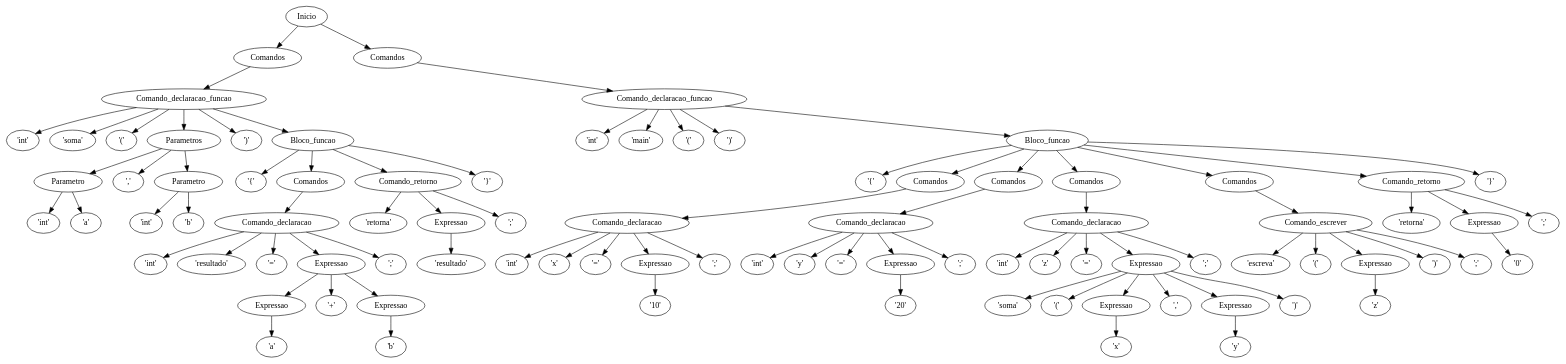
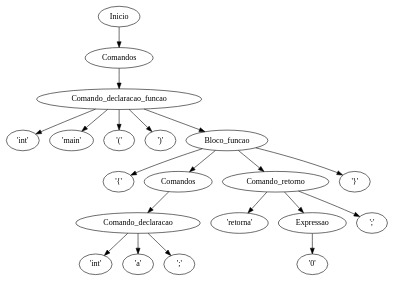
Before and after one commit to ogeorgehenrique/compiladorGV: the diagram in saida_ast.dot, drawn with Graphviz. The commit also changed 5 other files, not shown here.

```diff
--- a/saida_ast.dot
+++ b/saida_ast.dot
@@ -1,177 +1,41 @@
 digraph AST {
 n0 [label="Inicio"];
 n1 [label="Comandos"];
 n2 [label="Comando_declaracao_funcao"];
 n3 [label="'int'"];
 n2 -> n3;
-n4 [label="'soma'"];
+n4 [label="'main'"];
 n2 -> n4;
 n5 [label="'('"];
 n2 -> n5;
-n6 [label="Parametros"];
-n7 [label="Parametro"];
-n8 [label="'int'"];
+n6 [label="')'"];
+n2 -> n6;
+n7 [label="Bloco_funcao"];
+n8 [label="'{'"];
 n7 -> n8;
-n9 [label="'a'"];
+n9 [label="Comandos"];
+n10 [label="Comando_declaracao"];
+n11 [label="'int'"];
+n10 -> n11;
+n12 [label="'a'"];
+n10 -> n12;
+n13 [label="';'"];
+n10 -> n13;
+n9 -> n10;
 n7 -> n9;
-n6 -> n7;
-n10 [label="','"];
-n6 -> n10;
-n11 [label="Parametro"];
-n12 [label="'int'"];
-n11 -> n12;
-n13 [label="'b'"];
-n11 -> n13;
-n6 -> n11;
-n2 -> n6;
-n14 [label="')'"];
-n2 -> n14;
-n15 [label="Bloco_funcao"];
-n16 [label="'{'"];
-n15 -> n16;
-n17 [label="Comandos"];
-n18 [label="Comando_declaracao"];
-n19 [label="'int'"];
-n18 -> n19;
-n20 [label="'resultado'"];
-n18 -> n20;
-n21 [label="'='"];
-n18 -> n21;
-n22 [label="Expressao"];
-n23 [label="Expressao"];
-n24 [label="'a'"];
-n23 -> n24;
-n22 -> n23;
-n25 [label="'+'"];
-n22 -> n25;
-n26 [label="Expressao"];
-n27 [label="'b'"];
-n26 -> n27;
-n22 -> n26;
-n18 -> n22;
-n28 [label="';'"];
-n18 -> n28;
-n17 -> n18;
-n15 -> n17;
-n29 [label="Comando_retorno"];
-n30 [label="'retorna'"];
-n29 -> n30;
-n31 [label="Expressao"];
-n32 [label="'resultado'"];
-n31 -> n32;
-n29 -> n31;
-n33 [label="';'"];
-n29 -> n33;
-n15 -> n29;
-n34 [label="'}'"];
-n15 -> n34;
-n2 -> n15;
+n14 [label="Comando_retorno"];
+n15 [label="'retorna'"];
+n14 -> n15;
+n16 [label="Expressao"];
+n17 [label="'0'"];
+n16 -> n17;
+n14 -> n16;
+n18 [label="';'"];
+n14 -> n18;
+n7 -> n14;
+n19 [label="'}'"];
+n7 -> n19;
+n2 -> n7;
 n1 -> n2;
 n0 -> n1;
-n35 [label="Comandos"];
-n36 [label="Comando_declaracao_funcao"];
-n37 [label="'int'"];
-n36 -> n37;
-n38 [label="'main'"];
-n36 -> n38;
-n39 [label="'('"];
-n36 -> n39;
-n40 [label="')'"];
-n36 -> n40;
-n41 [label="Bloco_funcao"];
-n42 [label="'{'"];
-n41 -> n42;
-n43 [label="Comandos"];
-n44 [label="Comando_declaracao"];
-n45 [label="'int'"];
-n44 -> n45;
-n46 [label="'x'"];
-n44 -> n46;
-n47 [label="'='"];
-n44 -> n47;
-n48 [label="Expressao"];
-n49 [label="'10'"];
-n48 -> n49;
-n44 -> n48;
-n50 [label="';'"];
-n44 -> n50;
-n43 -> n44;
-n41 -> n43;
-n51 [label="Comandos"];
-n52 [label="Comando_declaracao"];
-n53 [label="'int'"];
-n52 -> n53;
-n54 [label="'y'"];
-n52 -> n54;
-n55 [label="'='"];
-n52 -> n55;
-n56 [label="Expressao"];
-n57 [label="'20'"];
-n56 -> n57;
-n52 -> n56;
-n58 [label="';'"];
-n52 -> n58;
-n51 -> n52;
-n41 -> n51;
-n59 [label="Comandos"];
-n60 [label="Comando_declaracao"];
-n61 [label="'int'"];
-n60 -> n61;
-n62 [label="'z'"];
-n60 -> n62;
-n63 [label="'='"];
-n60 -> n63;
-n64 [label="Expressao"];
-n65 [label="'soma'"];
-n64 -> n65;
-n66 [label="'('"];
-n64 -> n66;
-n67 [label="Expressao"];
-n68 [label="'x'"];
-n67 -> n68;
-n64 -> n67;
-n69 [label="','"];
-n64 -> n69;
-n70 [label="Expressao"];
-n71 [label="'y'"];
-n70 -> n71;
-n64 -> n70;
-n72 [label="')'"];
-n64 -> n72;
-n60 -> n64;
-n73 [label="';'"];
-n60 -> n73;
-n59 -> n60;
-n41 -> n59;
-n74 [label="Comandos"];
-n75 [label="Comando_escrever"];
-n76 [label="'escreva'"];
-n75 -> n76;
-n77 [label="'('"];
-n75 -> n77;
-n78 [label="Expressao"];
-n79 [label="'z'"];
-n78 -> n79;
-n75 -> n78;
-n80 [label="')'"];
-n75 -> n80;
-n81 [label="';'"];
-n75 -> n81;
-n74 -> n75;
-n41 -> n74;
-n82 [label="Comando_retorno"];
-n83 [label="'retorna'"];
-n82 -> n83;
-n84 [label="Expressao"];
-n85 [label="'0'"];
-n84 -> n85;
-n82 -> n84;
-n86 [label="';'"];
-n82 -> n86;
-n41 -> n82;
-n87 [label="'}'"];
-n41 -> n87;
-n36 -> n41;
-n35 -> n36;
-n0 -> n35;
 }
```
